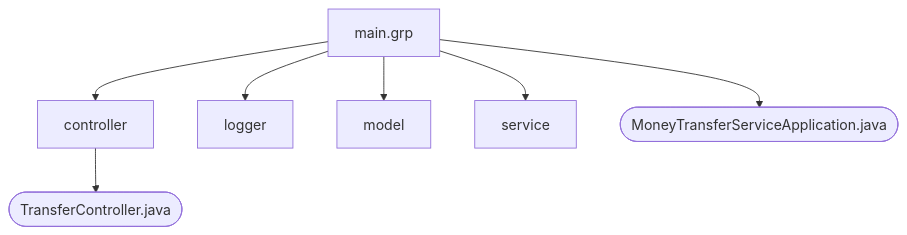
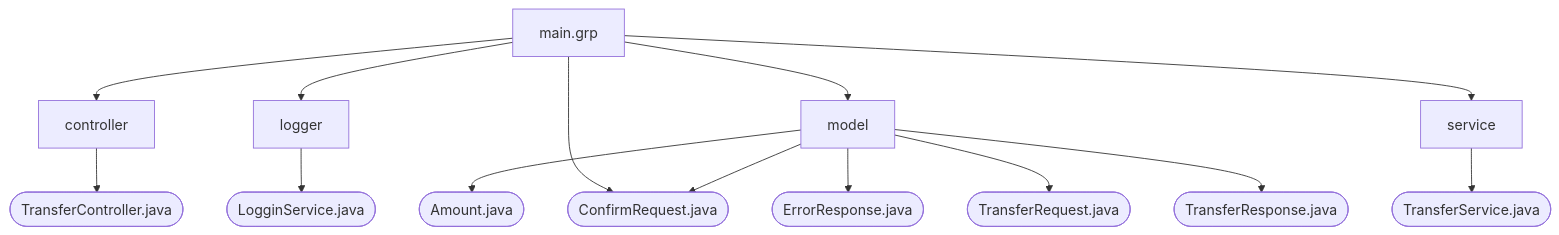
The diagram in readme.md (KomX512/MoneyTransfer_BCK_CW), drawn with Mermaid before and after one commit. The commit also changed 1 other file, not shown here.

Commit message:
Добавлена схема в комментарий проекта

````diff
--- a/readme.md
+++ b/readme.md
@@ -46,11 +46,17 @@
 ```mermaid
   graph TD;
     A["main.grp"] 
     A-->B["controller"];
     A-->C["logger"];
     A-->D["model"];
     A-->E["service"];
     A-->F(["MoneyTransferServiceApplication.java"])
     B-->J(["TransferController.java"])
-      
+    C-->H(["LogginService.java"]) 
+    D-->I(["Amount.java"]) 
+    D-->F(["ConfirmRequest.java"]) 
+    D-->K(["ErrorResponse.java"])
+    D-->L(["TransferRequest.java"])
+    D-->M(["TransferResponse.java"])
+    E-->N(["TransferService.java"])
 ```
````
